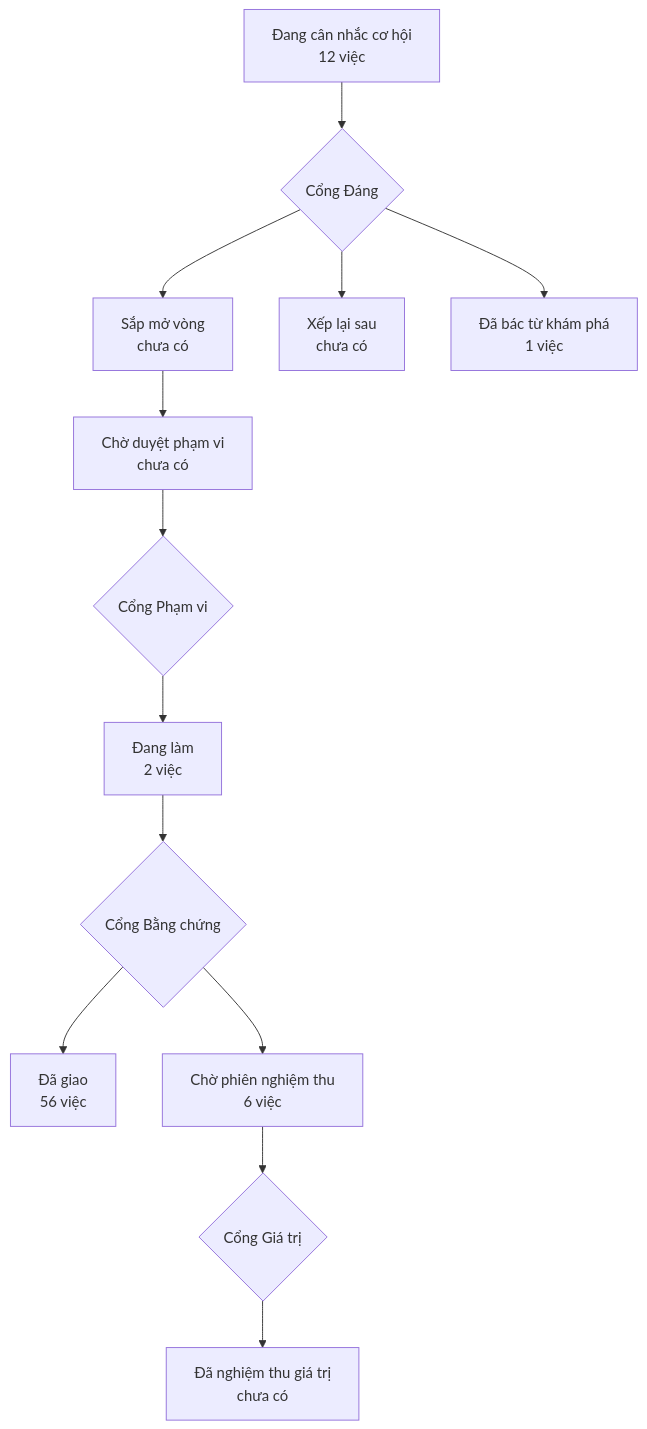
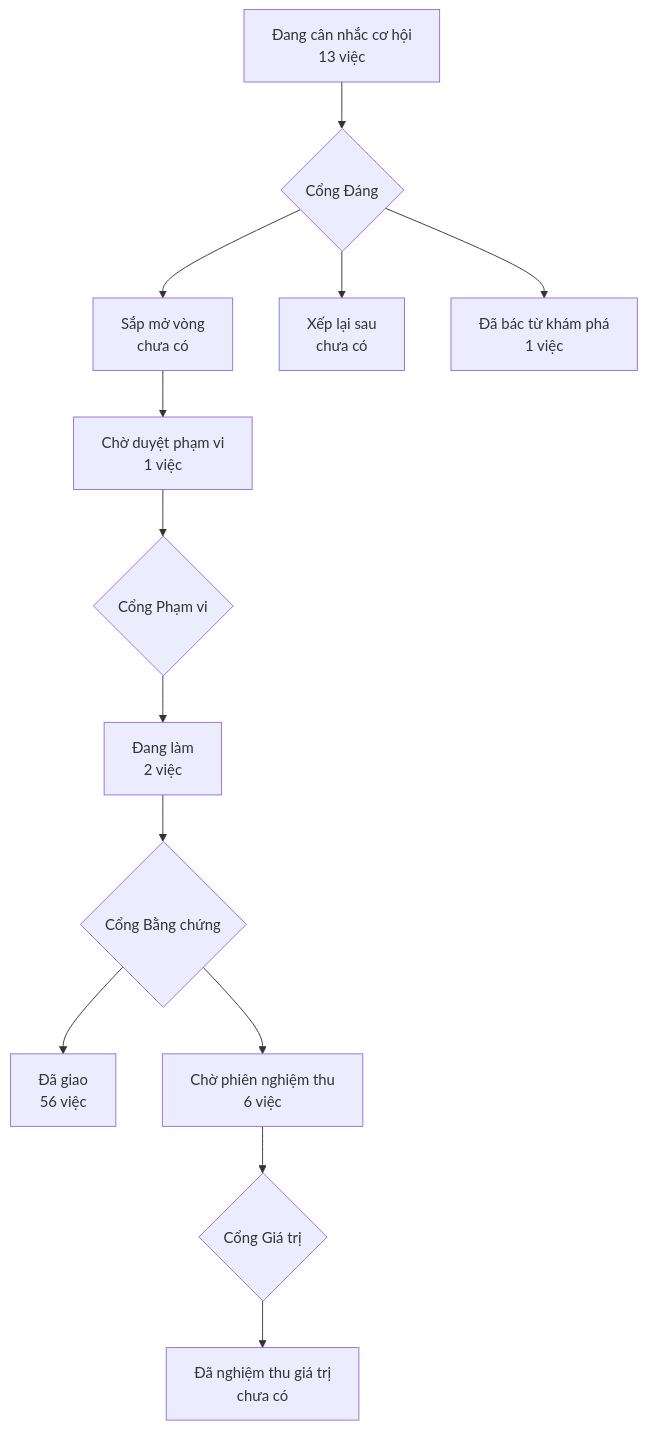
One commit to phanlemanh/acceptance-gate-kit changed the diagram in PRODUCT-MAP.md. Above: the diagram before and after it, drawn with Mermaid. The commit also changed other lines of this file and 7 other files, not shown here.

````diff
--- a/PRODUCT-MAP.md
+++ b/PRODUCT-MAP.md
@@ -6,12 +6,12 @@
 ```mermaid
 flowchart TD
-  A["Đang cân nhắc cơ hội<br/>12 việc"] --> GD{"Cổng Đáng"}
+  A["Đang cân nhắc cơ hội<br/>13 việc"] --> GD{"Cổng Đáng"}
   GD --> B["Sắp mở vòng<br/>chưa có"]
   GD --> XL["Xếp lại sau<br/>chưa có"]
   GD --> DB["Đã bác từ khám phá<br/>1 việc"]
-  B --> CD["Chờ duyệt phạm vi<br/>chưa có"] --> GP{"Cổng Phạm vi"}
+  B --> CD["Chờ duyệt phạm vi<br/>1 việc"] --> GP{"Cổng Phạm vi"}
   GP --> DL["Đang làm<br/>2 việc"] --> GB{"Cổng Bằng chứng"}
   GB --> DG["Đã giao<br/>56 việc"]
   GB --> CN["Chờ phiên nghiệm thu<br/>6 việc"] --> GG{"Cổng Giá trị"}
   GG --> NT["Đã nghiệm thu giá trị<br/>chưa có"]
 ```
````
